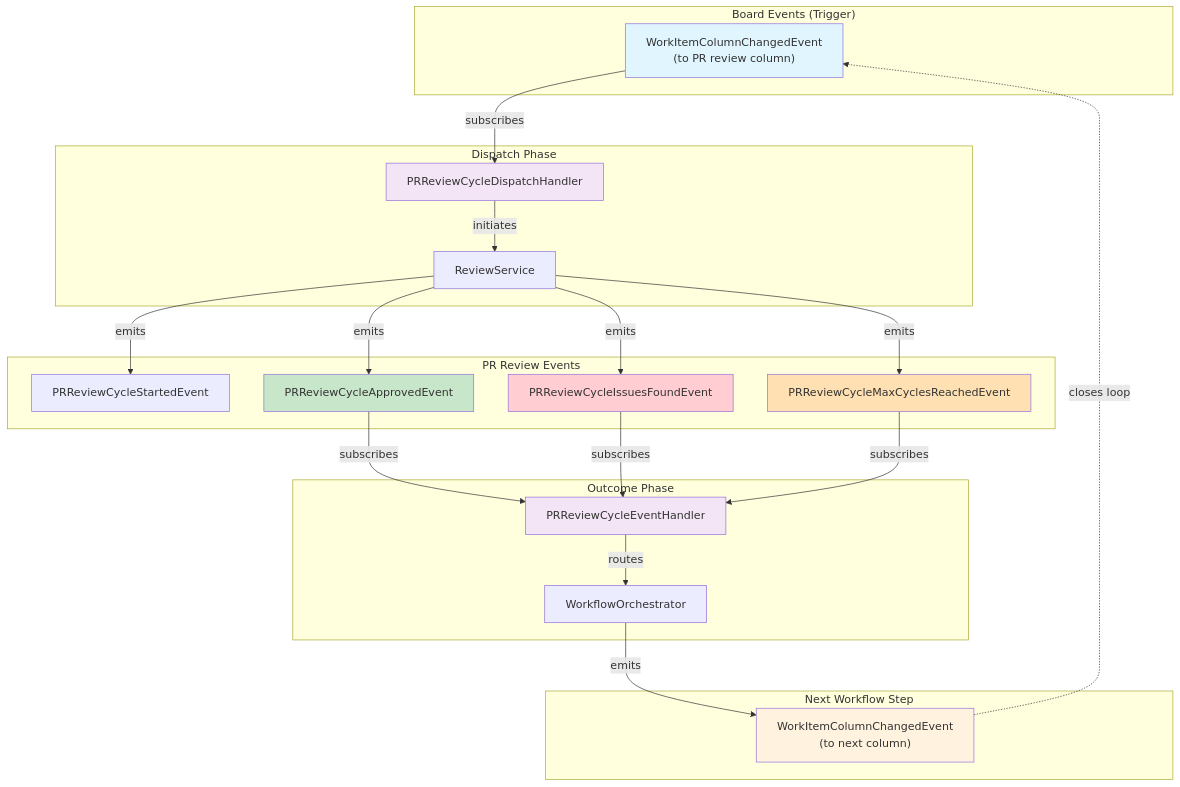
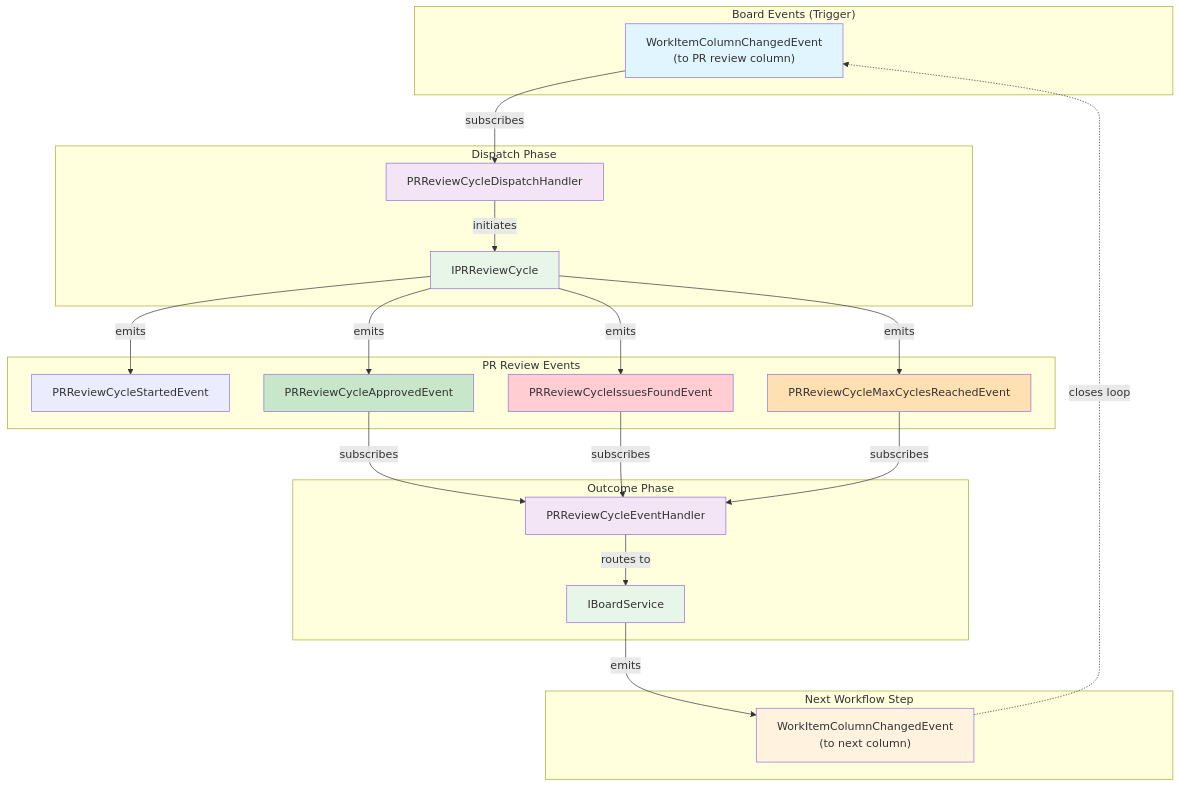
Before and after one commit to tinkermonkey/codetoreum: the fourth of 7 diagrams in documentation/architecture/application-services/event-handlers.md, drawn with Mermaid. The commit also changed other lines of this file, not shown here.

First line of the commit message:
Fix Event Handler Documentation diagrams for accuracy

````diff
--- a/documentation/architecture/application-services/event-handlers.md
+++ b/documentation/architecture/application-services/event-handlers.md
@@ -673,51 +670,53 @@
 ```mermaid
 flowchart TB
     subgraph "Board Events (Trigger)"
         E1["WorkItemColumnChangedEvent<br/>(to PR review column)"]
     end
 
     subgraph "Dispatch Phase"
         H1["PRReviewCycleDispatchHandler"]
-        S1["ReviewService"]
+        S1["IPRReviewCycle"]
     end
 
     subgraph "PR Review Events"
         E2["PRReviewCycleStartedEvent"]
         E3["PRReviewCycleApprovedEvent"]
         E4["PRReviewCycleIssuesFoundEvent"]
         E5["PRReviewCycleMaxCyclesReachedEvent"]
     end
 
     subgraph "Outcome Phase"
         H2["PRReviewCycleEventHandler"]
-        S2["WorkflowOrchestrator"]
+        S2["IBoardService"]
     end
 
     subgraph "Next Workflow Step"
         E6["WorkItemColumnChangedEvent<br/>(to next column)"]
     end
 
     E1 -->|subscribes| H1
     H1 -->|initiates| S1
     S1 -->|emits| E2
     S1 -->|emits| E3
     S1 -->|emits| E4
     S1 -->|emits| E5
 
     E3 -->|subscribes| H2
     E4 -->|subscribes| H2
     E5 -->|subscribes| H2
 
-    H2 -->|routes| S2
+    H2 -->|routes to| S2
     S2 -->|emits| E6
 
     E6 -.->|closes loop| E1
 
     style E1 fill:#e1f5ff
     style E3 fill:#c8e6c9
     style E4 fill:#ffcdd2
     style E5 fill:#ffe0b2
     style H1 fill:#f3e5f5
     style H2 fill:#f3e5f5
+    style S1 fill:#e8f5e9
+    style S2 fill:#e8f5e9
     style E6 fill:#fff3e0
 ```
````
